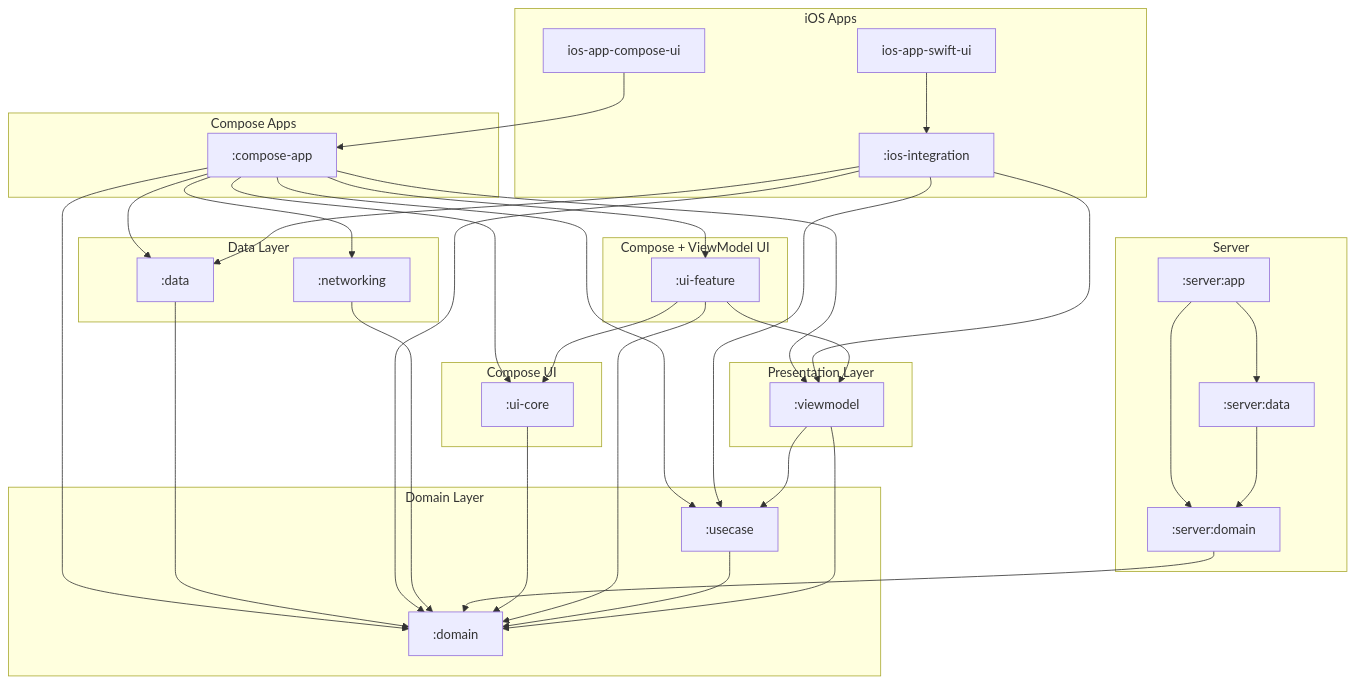
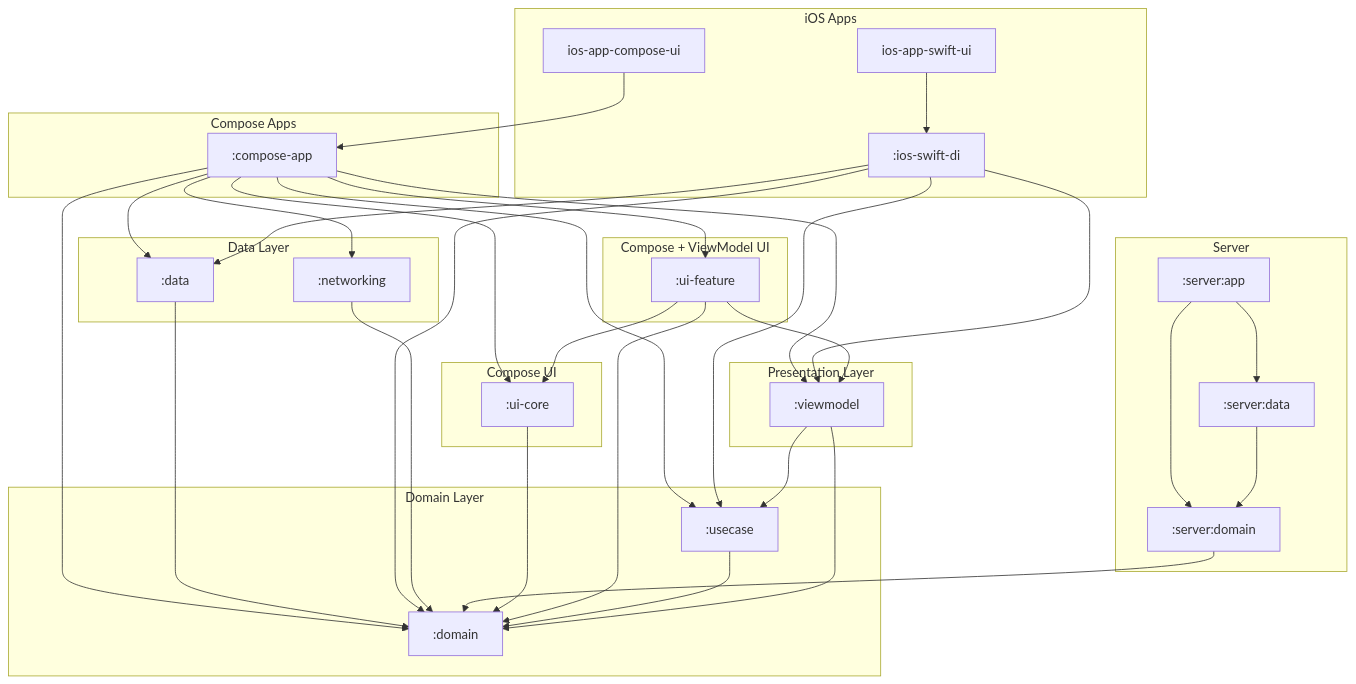
The diagram in docs/diagrams/full_system_structure.mmd (cartland/battery-butler), drawn with Mermaid before and after one commit. The commit also changed 9 other files, not shown here.

Commit message:
Refactor: Rename ios-integration to ios-swift-di and update references

```diff
--- a/docs/diagrams/full_system_structure.mmd
+++ b/docs/diagrams/full_system_structure.mmd
@@ -1,78 +1,78 @@
 graph TD
     subgraph "iOS Apps"
-        IosIntegration[":ios-integration"]
+        IosSwiftDi[":ios-swift-di"]
         Ios-app-compose-ui["ios-app-compose-ui"]
         Ios-app-swift-ui["ios-app-swift-ui"]
     end
 
     subgraph "Compose Apps"
         ComposeApp[":compose-app"]
     end
 
     subgraph "Server"
         ServerApp[":server:app"]
         ServerData[":server:data"]
         ServerDomain[":server:domain"]
     end
 
     subgraph "Compose UI"
         UICore[":ui-core"]
     end
 
     subgraph "Compose + ViewModel UI"
         UIFeature[":ui-feature"]
     end
 
     subgraph "Presentation Layer"
         ViewModel[":viewmodel"]
     end
 
     subgraph "Domain Layer"
         Domain[":domain"]
         UseCase[":usecase"]
     end
 
     subgraph "Data Layer"
         Data[":data"]
         Networking[":networking"]
     end
 
     %% Dependencies
     ComposeApp --> Data
     ComposeApp --> Domain
     ComposeApp --> Networking
     ComposeApp --> UICore
     ComposeApp --> UIFeature
     ComposeApp --> UseCase
     ComposeApp --> ViewModel
 
     Data --> Domain
 
-    IosIntegration --> Data
-    IosIntegration --> Domain
-    IosIntegration --> UseCase
-    IosIntegration --> ViewModel
+    IosSwiftDi --> Data
+    IosSwiftDi --> Domain
+    IosSwiftDi --> UseCase
+    IosSwiftDi --> ViewModel
 
     Networking --> Domain
 
     ServerApp --> ServerData
     ServerApp --> ServerDomain
 
     ServerData --> ServerDomain
 
     ServerDomain --> Domain
 
     UICore --> Domain
 
     UIFeature --> Domain
     UIFeature --> UICore
     UIFeature --> ViewModel
 
     UseCase --> Domain
 
     ViewModel --> Domain
     ViewModel --> UseCase
 
     Ios-app-compose-ui --> ComposeApp
 
-    Ios-app-swift-ui --> IosIntegration
+    Ios-app-swift-ui --> IosSwiftDi
```
